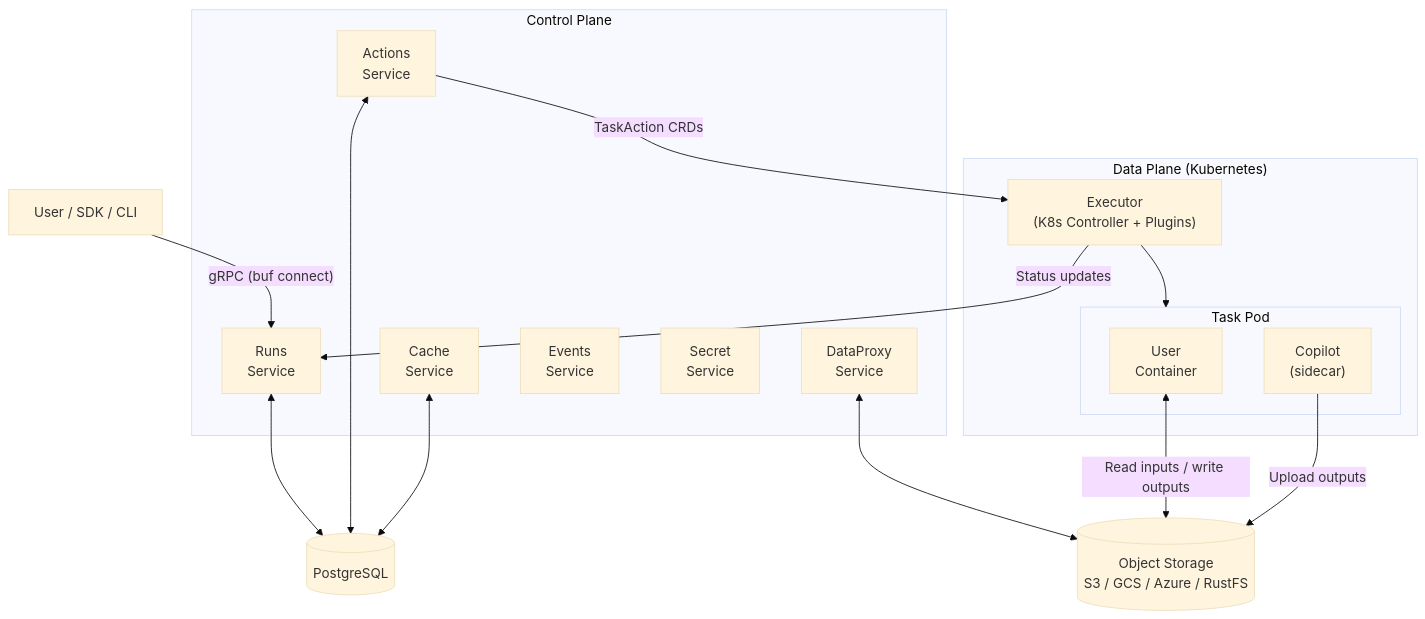
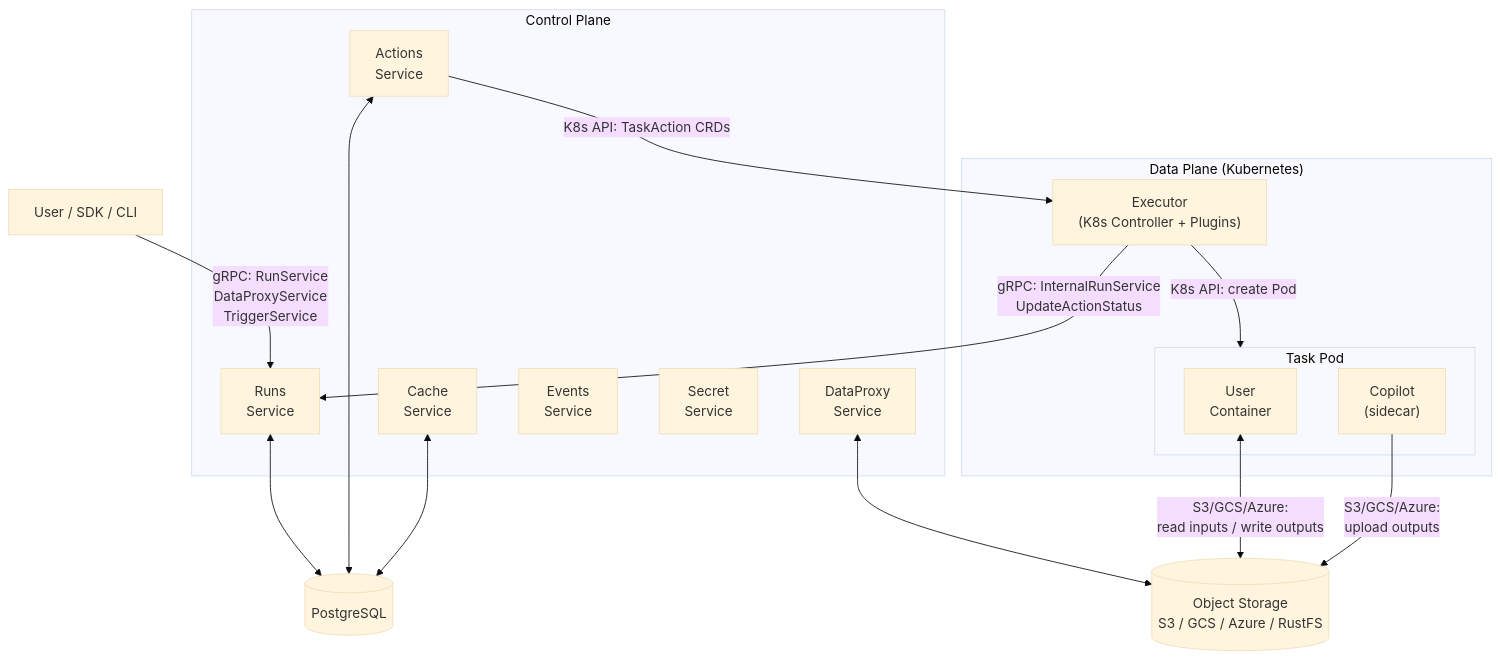
Before and after one commit to flyteorg/flyte: the first of 4 diagrams in docs/architecture.md, drawn with Mermaid (base theme). The commit also changed other lines of this file, not shown here.

Commit message:
Annotate diagrams with gRPC service / method names

````diff
--- a/docs/architecture.md
+++ b/docs/architecture.md
@@ -41,35 +41,35 @@
 ```mermaid
 flowchart TB
     Client["User / SDK / CLI"]
 
     subgraph ControlPlane["Control Plane"]
         Runs["Runs<br/>Service"]
         Actions["Actions<br/>Service"]
         DataProxy["DataProxy<br/>Service"]
         Cache["Cache<br/>Service"]
         Events["Events<br/>Service"]
         Secret["Secret<br/>Service"]
     end
 
     DB[("PostgreSQL")]
     Storage[("Object Storage<br/>S3 / GCS / Azure / RustFS")]
 
     subgraph DataPlane["Data Plane (Kubernetes)"]
         Executor["Executor<br/>(K8s Controller + Plugins)"]
         subgraph Pod["Task Pod"]
             User["User<br/>Container"]
             Copilot["Copilot<br/>(sidecar)"]
         end
     end
 
-    Client -- "gRPC (buf connect)" --> Runs
+    Client -- "gRPC: RunService<br/>DataProxyService<br/>TriggerService" --> Runs
     Runs <--> DB
     Actions <--> DB
     Cache <--> DB
     DataProxy <--> Storage
-    Actions -- "TaskAction CRDs" --> Executor
-    Executor --> Pod
-    User <-- "Read inputs / write outputs" --> Storage
-    Copilot -- "Upload outputs" --> Storage
-    Executor -- "Status updates" --> Runs
+    Actions -- "K8s API: TaskAction CRDs" --> Executor
+    Executor -- "K8s API: create Pod" --> Pod
+    User <-- "S3/GCS/Azure:<br/>read inputs / write outputs" --> Storage
+    Copilot -- "S3/GCS/Azure:<br/>upload outputs" --> Storage
+    Executor -- "gRPC: InternalRunService<br/>UpdateActionStatus" --> Runs
 ```
````
